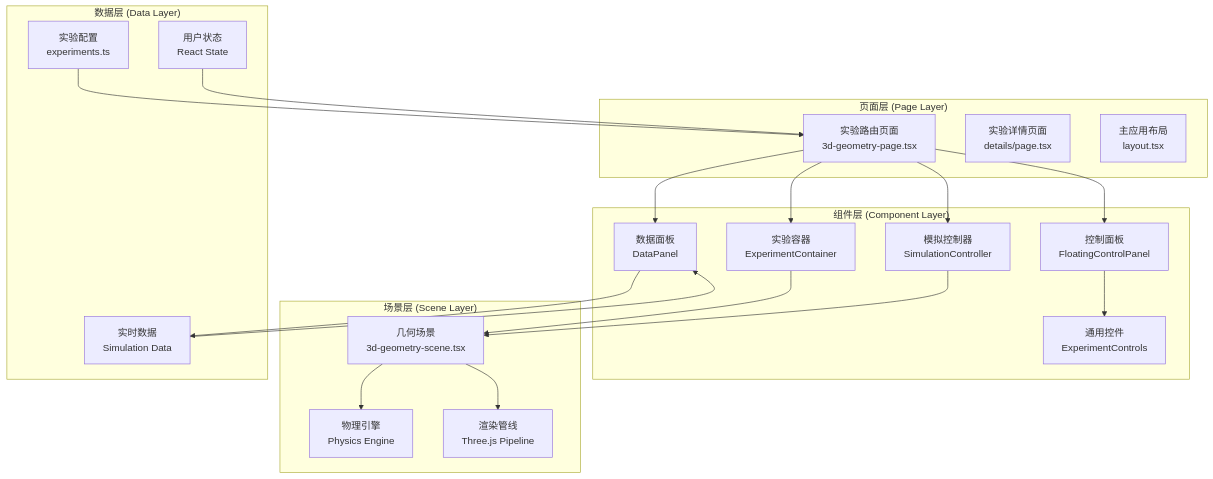
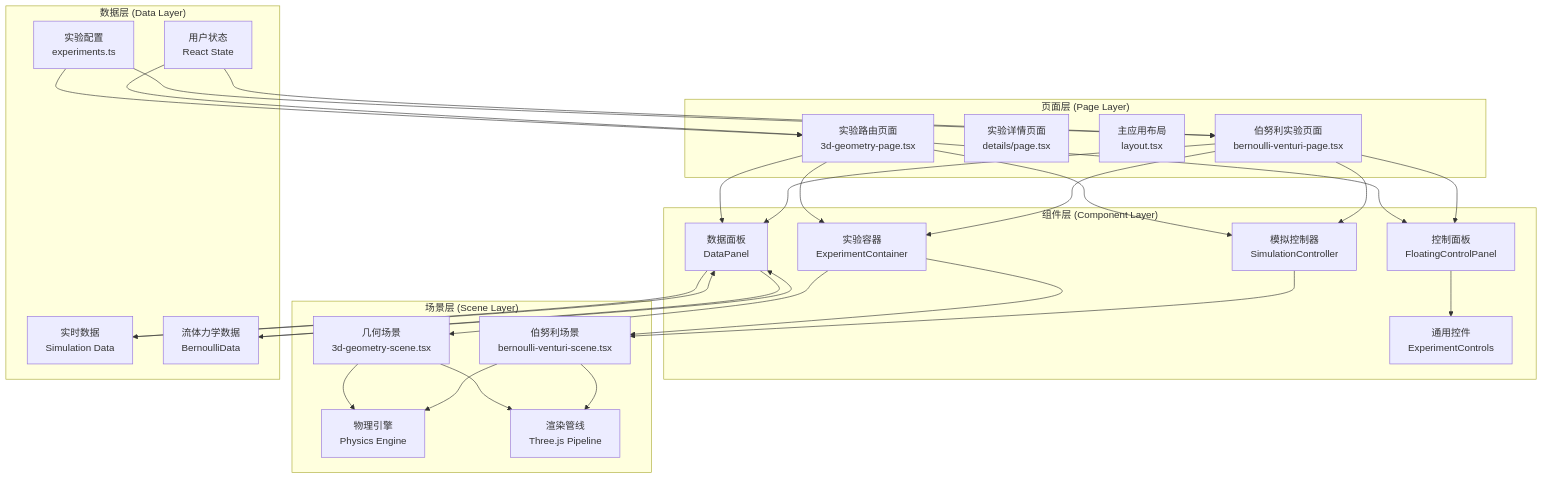
The second of 7 diagrams in .qoder/repowiki/zh/content/实验系统/实验架构设计.md (KaiYun-Wang/phys-lab-3d), drawn with Mermaid before and after one commit. The commit also changed other lines of this file and 32 other files, not shown here.

````diff
--- a/.qoder/repowiki/zh/content/实验系统/实验架构设计.md
+++ b/.qoder/repowiki/zh/content/实验系统/实验架构设计.md
@@ -101,38 +115,52 @@
 ```mermaid
 graph TB
 subgraph "页面层 (Page Layer)"
 A[实验路由页面<br/>3d-geometry-page.tsx]
 B[实验详情页面<br/>details/page.tsx]
 C[主应用布局<br/>layout.tsx]
+D[伯努利实验页面<br/>bernoulli-venturi-page.tsx]
 end
 subgraph "组件层 (Component Layer)"
-D[实验容器<br/>ExperimentContainer]
-E[控制面板<br/>FloatingControlPanel]
-F[模拟控制器<br/>SimulationController]
-G[数据面板<br/>DataPanel]
-H[通用控件<br/>ExperimentControls]
+E[实验容器<br/>ExperimentContainer]
+F[控制面板<br/>FloatingControlPanel]
+G[模拟控制器<br/>SimulationController]
+H[数据面板<br/>DataPanel]
+I[通用控件<br/>ExperimentControls]
 end
 subgraph "场景层 (Scene Layer)"
-I[几何场景<br/>3d-geometry-scene.tsx]
-J[物理引擎<br/>Physics Engine]
-K[渲染管线<br/>Three.js Pipeline]
+J[几何场景<br/>3d-geometry-scene.tsx]
+K[伯努利场景<br/>bernoulli-venturi-scene.tsx]
+L[物理引擎<br/>Physics Engine]
+M[渲染管线<br/>Three.js Pipeline]
 end
 subgraph "数据层 (Data Layer)"
-L[实验配置<br/>experiments.ts]
-M[用户状态<br/>React State]
-N[实时数据<br/>Simulation Data]
+N[实验配置<br/>experiments.ts]
+O[用户状态<br/>React State]
+P[实时数据<br/>Simulation Data]
+Q[流体力学数据<br/>BernoulliData]
 end
-A --> D
 A --> E
 A --> F
 A --> G
-D --> I
-E --> H
+A --> H
+D --> E
+D --> F
+D --> G
+D --> H
+E --> J
+E --> K
 F --> I
-G --> N
-I --> J
-I --> K
-L --> A
-M --> A
-N --> G
+G --> K
+H --> P
+H --> Q
+J --> L
+J --> M
+K --> L
+K --> M
+N --> A
+N --> D
+O --> A
+O --> D
+P --> H
+Q --> H
 ```
````
